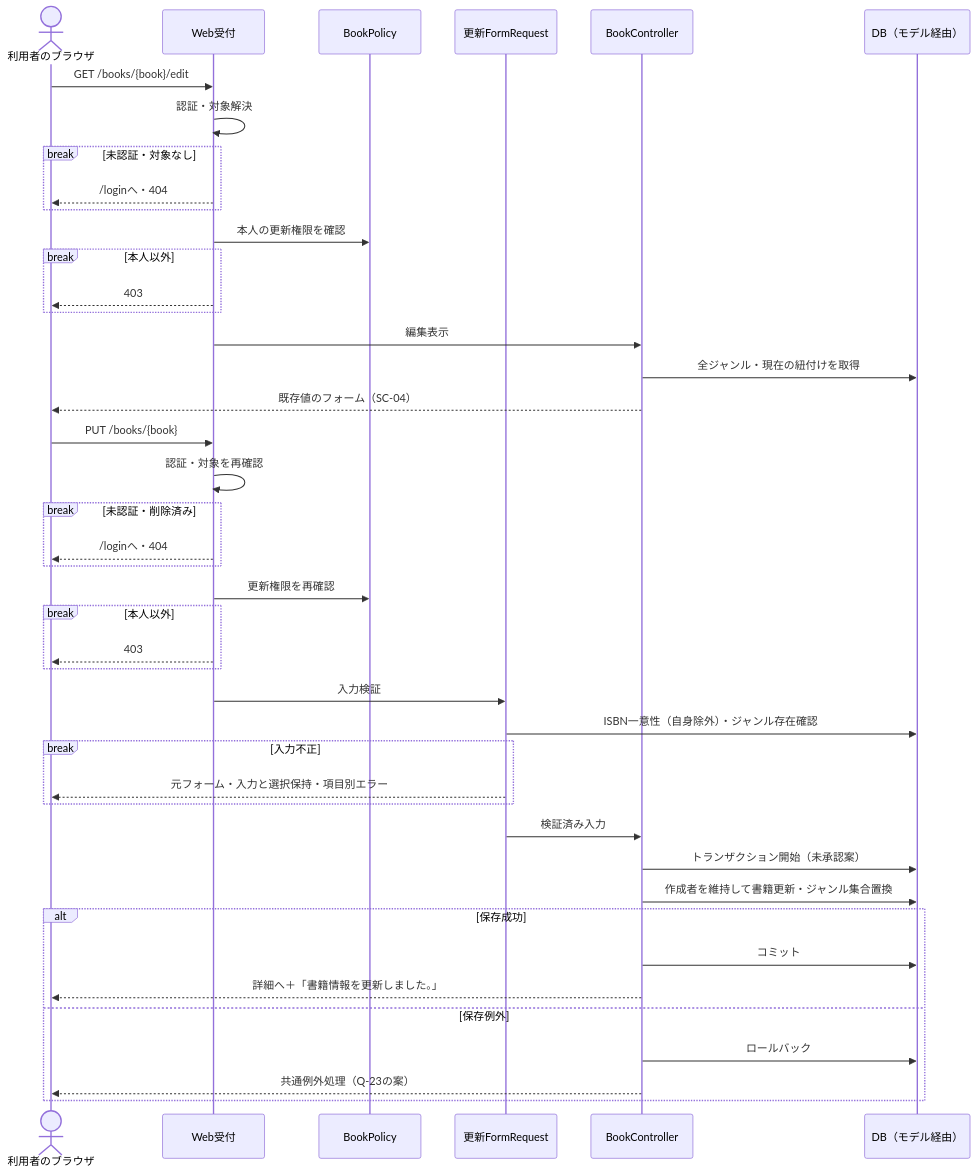
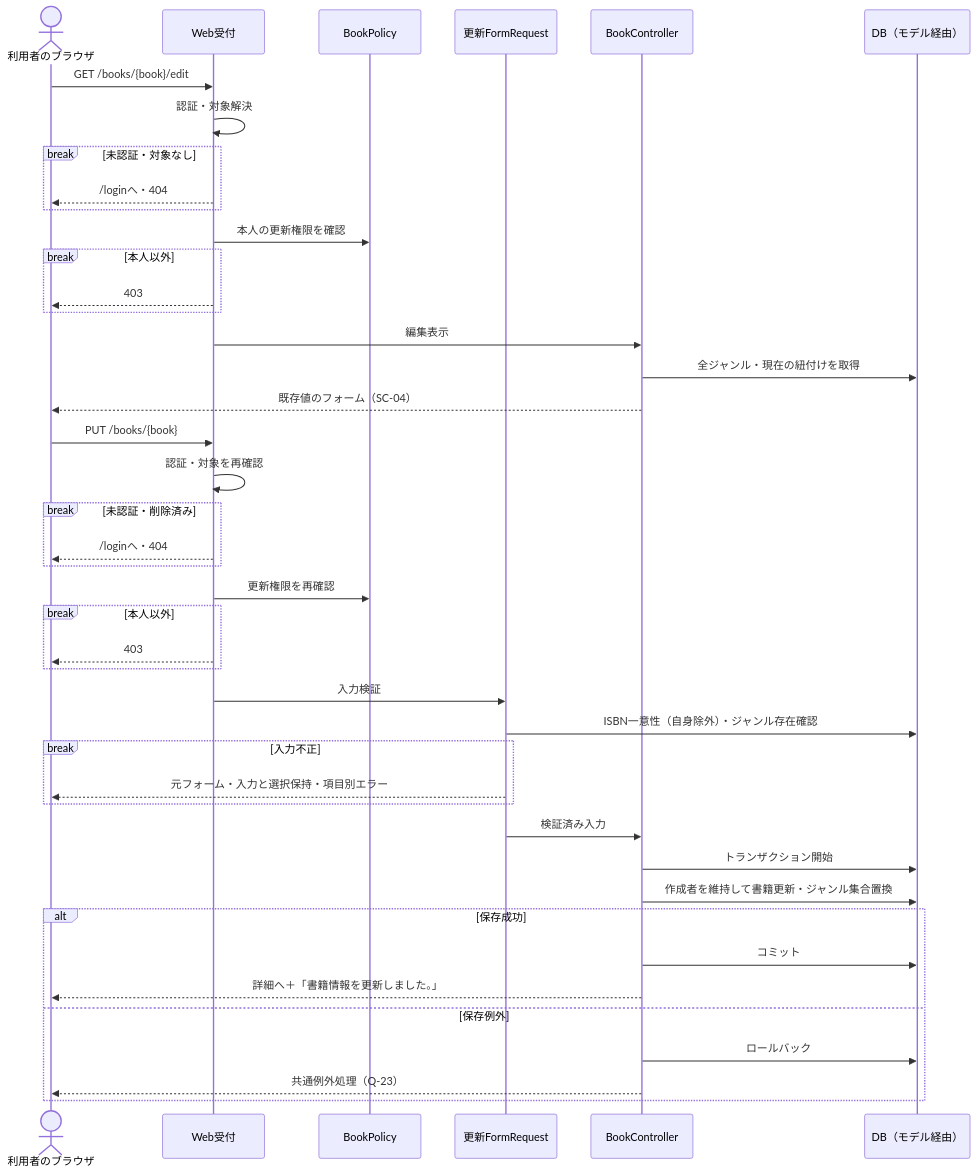
The second of 2 diagrams in docs/design/behavior.md (Tomoyuki-Kuge/bookshelf-app), drawn with Mermaid before and after one commit. The commit also changed other lines of this file and 13 other files, not shown here.

````diff
--- a/docs/design/behavior.md
+++ b/docs/design/behavior.md
@@ -34,45 +34,45 @@
 ```mermaid
 sequenceDiagram
     actor Browser as 利用者のブラウザ
     participant Web as Web受付
     participant Policy as BookPolicy
     participant Request as 更新FormRequest
     participant Controller as BookController
     participant DB as DB（モデル経由）
     Browser->>Web: GET /books/{book}/edit
     Web->>Web: 認証・対象解決
     break 未認証・対象なし
         Web-->>Browser: /loginへ・404
     end
     Web->>Policy: 本人の更新権限を確認
     break 本人以外
         Web-->>Browser: 403
     end
     Web->>Controller: 編集表示
     Controller->>DB: 全ジャンル・現在の紐付けを取得
     Controller-->>Browser: 既存値のフォーム（SC-04）
     Browser->>Web: PUT /books/{book}
     Web->>Web: 認証・対象を再確認
     break 未認証・削除済み
         Web-->>Browser: /loginへ・404
     end
     Web->>Policy: 更新権限を再確認
     break 本人以外
         Web-->>Browser: 403
     end
     Web->>Request: 入力検証
     Request->>DB: ISBN一意性（自身除外）・ジャンル存在確認
     break 入力不正
         Request-->>Browser: 元フォーム・入力と選択保持・項目別エラー
     end
     Request->>Controller: 検証済み入力
-    Controller->>DB: トランザクション開始（未承認案）
+    Controller->>DB: トランザクション開始
     Controller->>DB: 作成者を維持して書籍更新・ジャンル集合置換
     alt 保存成功
         Controller->>DB: コミット
         Controller-->>Browser: 詳細へ＋「書籍情報を更新しました。」
     else 保存例外
         Controller->>DB: ロールバック
-        Controller-->>Browser: 共通例外処理（Q-23の案）
+        Controller-->>Browser: 共通例外処理（Q-23）
     end
 ```
````
